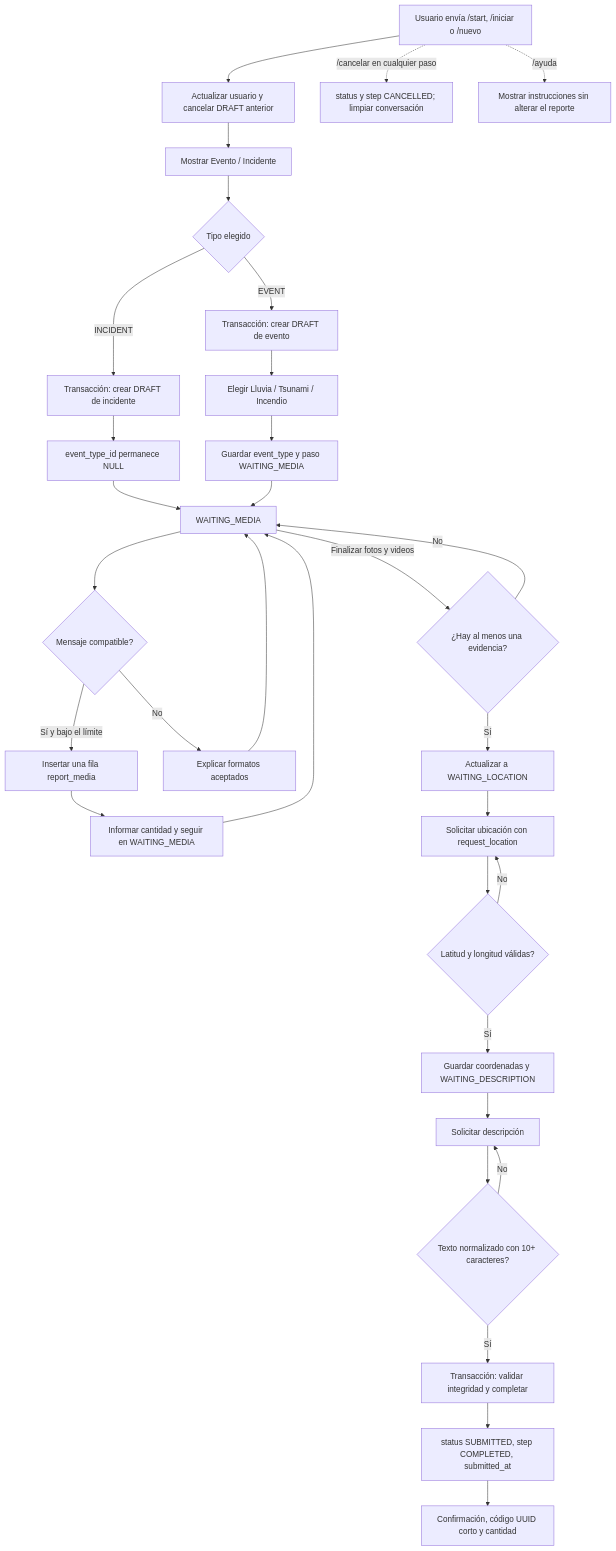
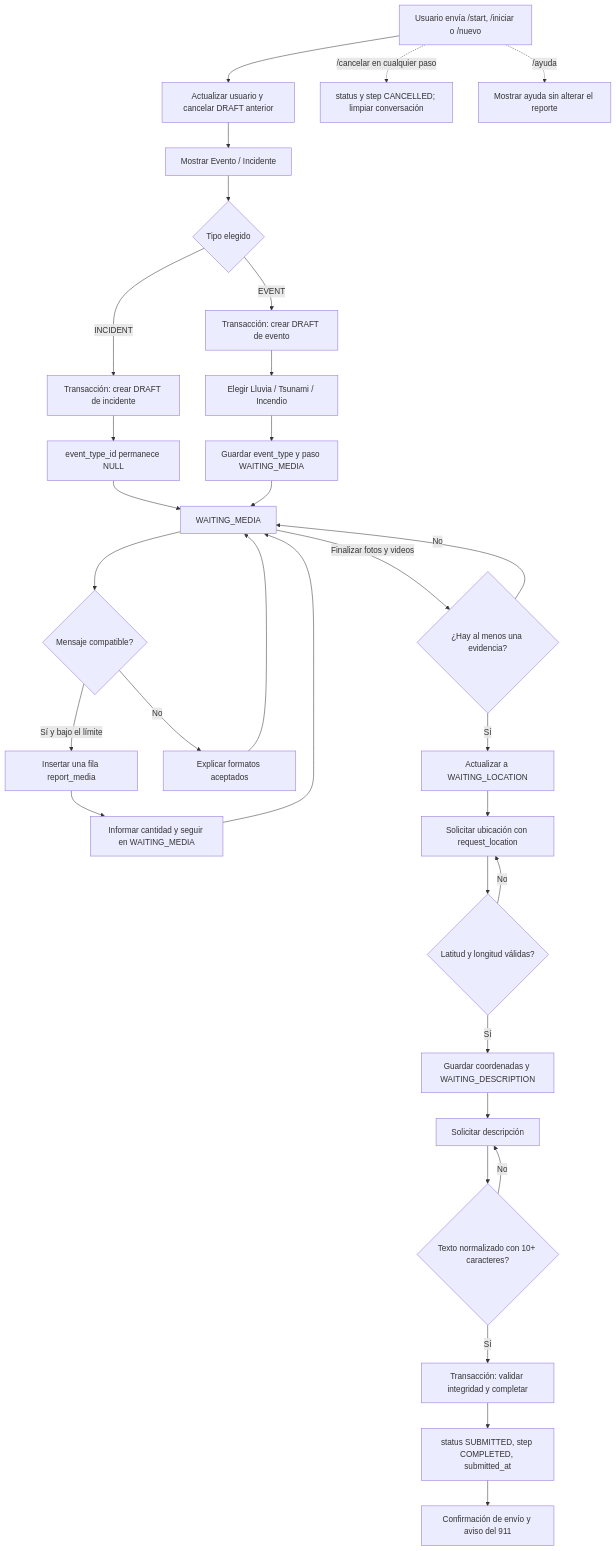
Before and after one commit to jhquihuiri7/galapagos_previene: the first of 2 diagrams in README.md, drawn with Mermaid. The commit also changed other lines of this file and 7 other files, not shown here.

First line of the commit message:
feat(bot): simplifica los textos y quita el código del reporte

````diff
--- a/README.md
+++ b/README.md
@@ -90,34 +90,34 @@
 ```mermaid
 flowchart TD
     A[Usuario envía /start, /iniciar o /nuevo] --> A1[Actualizar usuario y cancelar DRAFT anterior]
     A1 --> B[Mostrar Evento / Incidente]
     B --> C{Tipo elegido}
     C -->|EVENT| D[Transacción: crear DRAFT de evento]
     C -->|INCIDENT| E[Transacción: crear DRAFT de incidente]
     D --> F[Elegir Lluvia / Tsunami / Incendio]
     F --> G[Guardar event_type y paso WAITING_MEDIA]
     E --> H[event_type_id permanece NULL]
     H --> I[WAITING_MEDIA]
     G --> I
     I --> J{Mensaje compatible?}
     J -->|Sí y bajo el límite| K[Insertar una fila report_media]
     K --> L[Informar cantidad y seguir en WAITING_MEDIA]
     L --> I
     J -->|No| M[Explicar formatos aceptados]
     M --> I
     I -->|Finalizar fotos y videos| N{¿Hay al menos una evidencia?}
     N -->|No| I
     N -->|Sí| O[Actualizar a WAITING_LOCATION]
     O --> P[Solicitar ubicación con request_location]
     P --> Q{Latitud y longitud válidas?}
     Q -->|No| P
     Q -->|Sí| R[Guardar coordenadas y WAITING_DESCRIPTION]
     R --> S[Solicitar descripción]
     S --> T{Texto normalizado con 10+ caracteres?}
     T -->|No| S
     T -->|Sí| U[Transacción: validar integridad y completar]
     U --> V[status SUBMITTED, step COMPLETED, submitted_at]
-    V --> W[Confirmación, código UUID corto y cantidad]
+    V --> W[Confirmación de envío y aviso del 911]
     A -. /cancelar en cualquier paso .-> X[status y step CANCELLED; limpiar conversación]
-    A -. /ayuda .-> Y[Mostrar instrucciones sin alterar el reporte]
+    A -. /ayuda .-> Y[Mostrar ayuda sin alterar el reporte]
 ```
````
